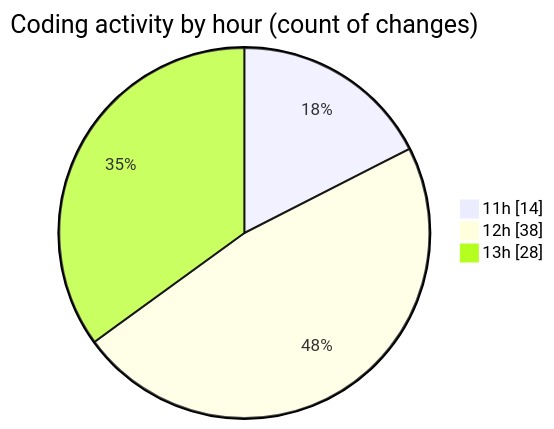
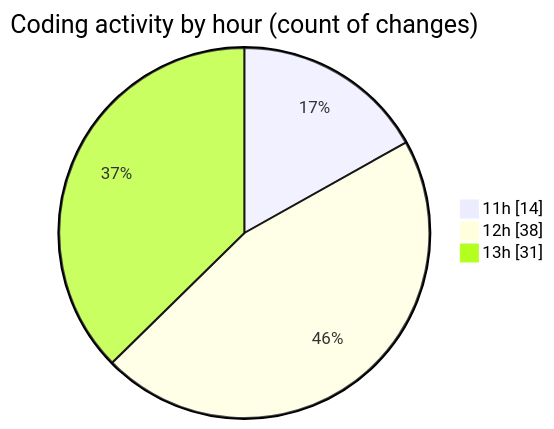
The second of 2 diagrams in 2025-08-28/nxtqube_webapp/README.md (nxtqubesakshisongat/code-tracking), drawn with Mermaid before and after one commit. The commit also changed other lines of this file and 1 other file, not shown here.

````diff
--- a/2025-08-28/nxtqube_webapp/README.md
+++ b/2025-08-28/nxtqube_webapp/README.md
@@ -34,7 +34,7 @@
 ```mermaid
 pie showData
 title Coding activity by hour (count of changes)
 "11h" : 14
 "12h" : 38
-"13h" : 28
+"13h" : 31
 ```
````
